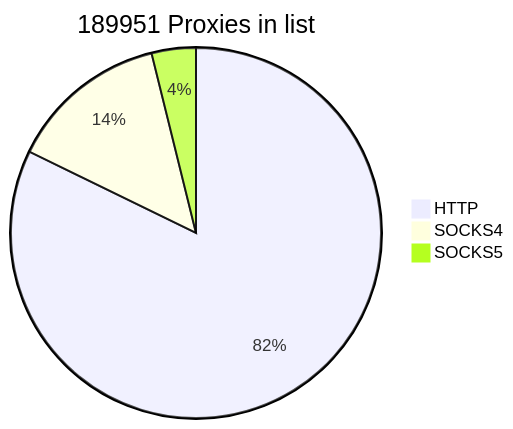
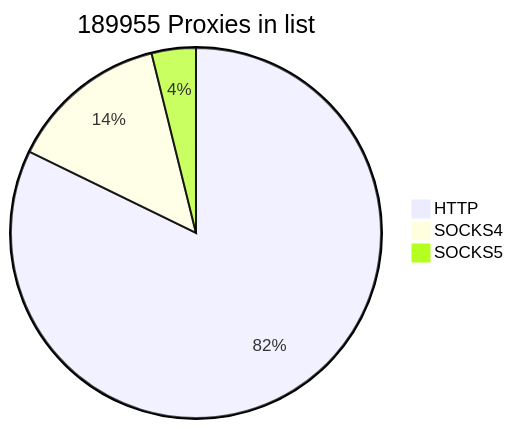
The first of 2 diagrams in README.md (cutipu/proxylist), drawn with Mermaid before and after one commit. The commit also changed other lines of this file, not shown here.

````diff
--- a/README.md
+++ b/README.md
@@ -2,7 +2,7 @@
 ```mermaid
-pie title 189951 Proxies in list
-    "HTTP" : 156195
-    "SOCKS4" : 26429
-    "SOCKS5" : 7327
+pie title 189955 Proxies in list
+    "HTTP" : 156193
+    "SOCKS4" : 26428
+    "SOCKS5" : 7334
             
 ```
````
